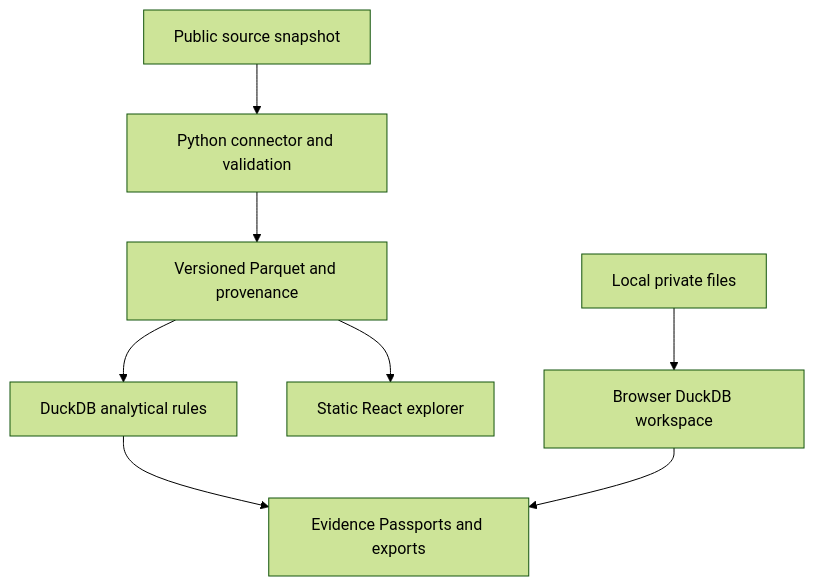
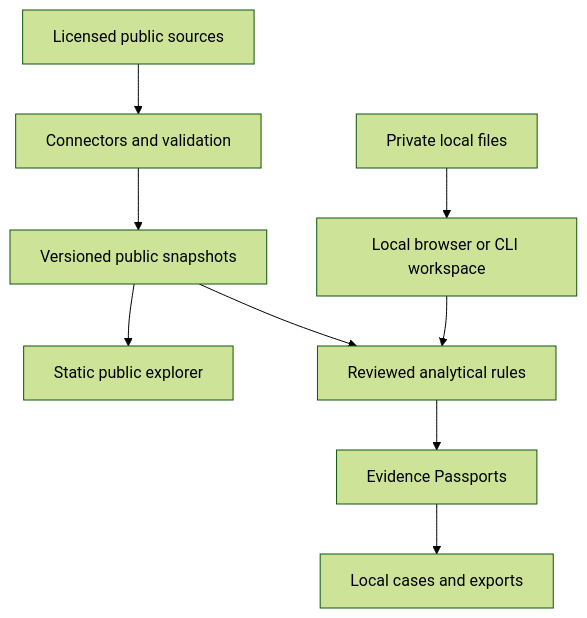
One commit to CvijaNIk/CivicTrace changed the diagram in README.md. Above: the diagram before and after it, drawn with Mermaid (forest theme). The commit also changed other lines of this file and 2 other files, not shown here.

Commit message:
docs: expand README into long-term CivicTrace product roadmap

````diff
--- a/README.md
+++ b/README.md
@@ -72,10 +261,11 @@
 ```mermaid
 flowchart TD
-    A[Public source snapshot] --> B[Python connector and validation]
-    B --> C[Versioned Parquet and provenance]
-    C --> D[DuckDB analytical rules]
-    D --> E[Evidence Passports and exports]
-    C --> F[Static React explorer]
-    G[Local private files] --> H[Browser DuckDB workspace]
-    H --> E
+    A[Licensed public sources] --> B[Connectors and validation]
+    B --> C[Versioned public snapshots]
+    C --> D[Static public explorer]
+    C --> E[Reviewed analytical rules]
+    F[Private local files] --> G[Local browser or CLI workspace]
+    G --> E
+    E --> H[Evidence Passports]
+    H --> I[Local cases and exports]
 ```
````
